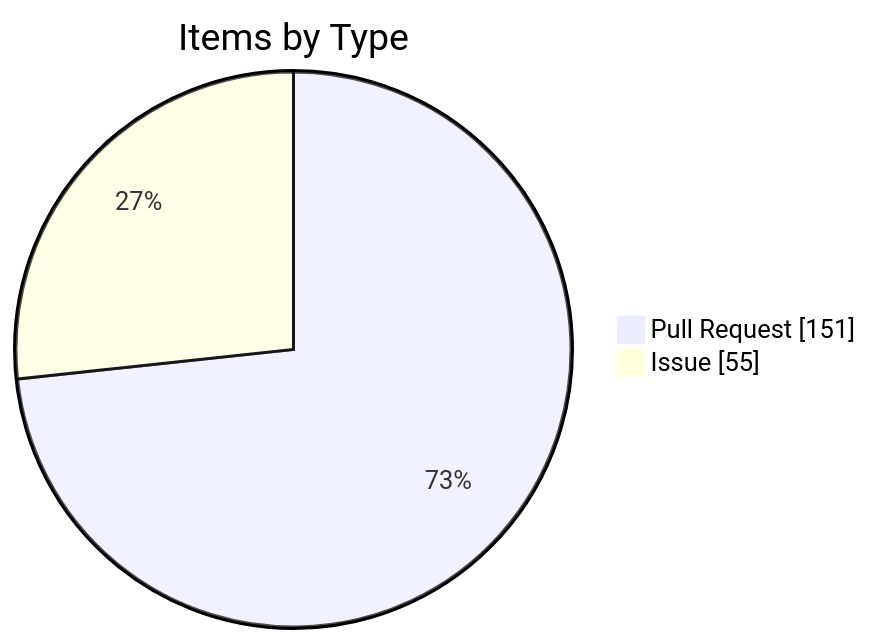
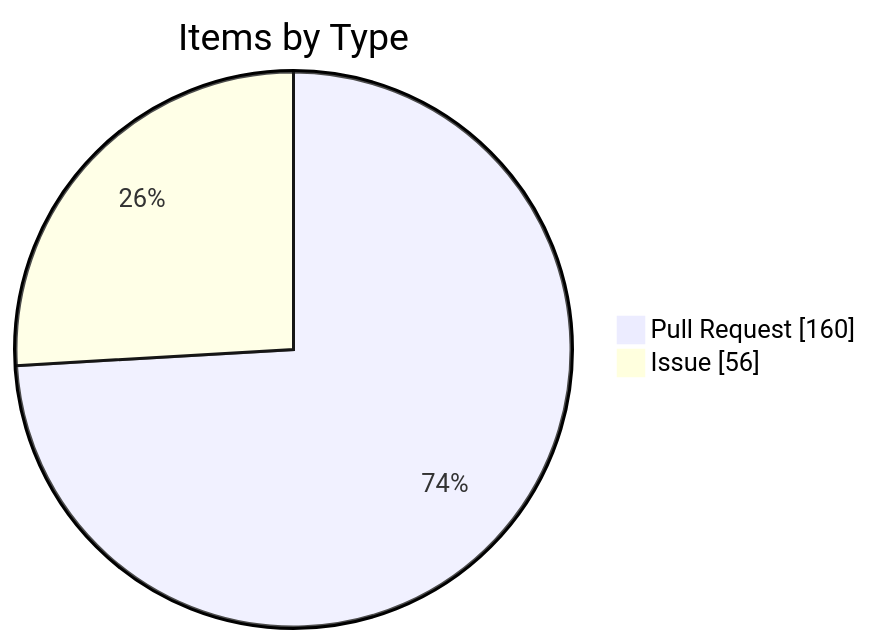
Before and after one commit to KBVE/kbve: the fourth of 4 diagrams in apps/kbve/astro-kbve/src/content/docs/dashboard/kanban-data.mdx, drawn with Mermaid. The commit also changed other lines of this file and 8 other files, not shown here.

````diff
--- a/apps/kbve/astro-kbve/src/content/docs/dashboard/kanban-data.mdx
+++ b/apps/kbve/astro-kbve/src/content/docs/dashboard/kanban-data.mdx
@@ -115,6 +116,6 @@
 ```mermaid
 pie showData
     title Items by Type
-    "Pull Request" : 151
-    "Issue" : 55
+    "Pull Request" : 160
+    "Issue" : 56
 ```
````
